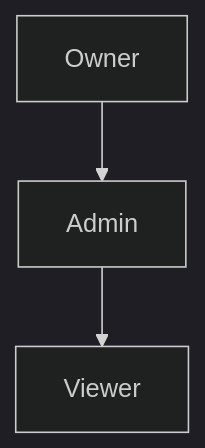
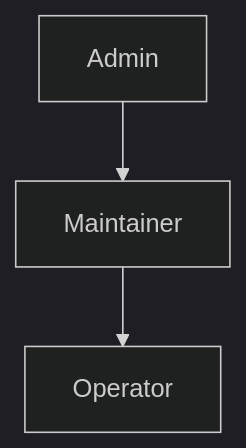
Before and after one commit to superplanehq/docs: the diagram in src/content/docs/concepts/access-control.md, drawn with Mermaid (dark theme). The commit also changed other lines of this file and 2 other files, not shown here.

First line of the commit message:
docs: document Admin, Maintainer, and Operator RBAC

````diff
--- a/src/content/docs/concepts/access-control.md
+++ b/src/content/docs/concepts/access-control.md
@@ -23,5 +21,5 @@
 ```mermaid
 graph TD
-  Owner --> Admin
-  Admin --> Viewer
+  Admin --> Maintainer
+  Maintainer --> Operator
 ```
````
